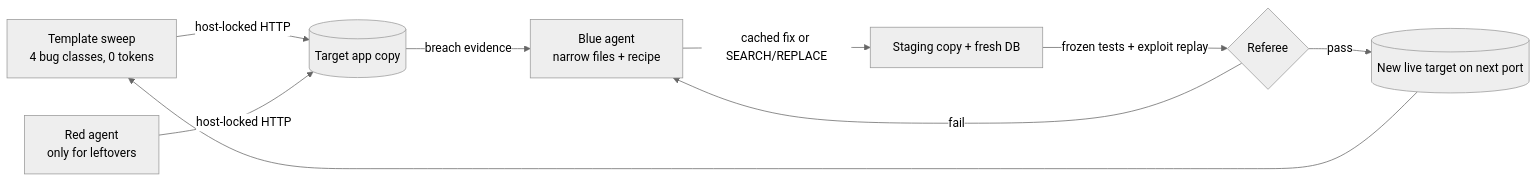
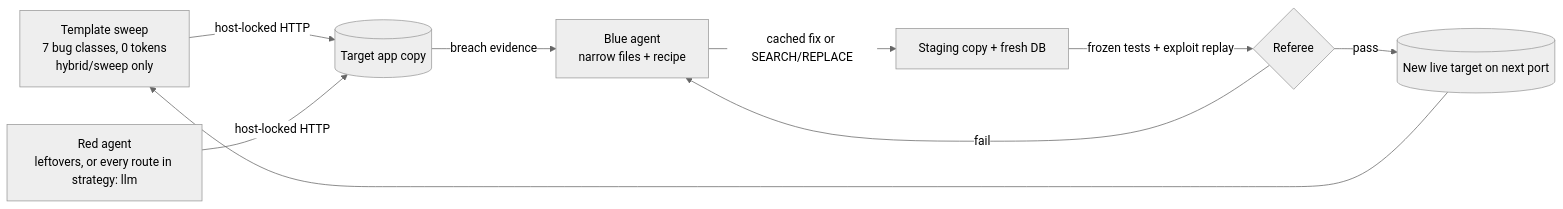
Before and after one commit to 2005legend/redblue-arena: the diagram in README.md, drawn with Mermaid (neutral theme). The commit also changed other lines of this file and 62 other files, not shown here.

````diff
--- a/README.md
+++ b/README.md
@@ -68,11 +151,11 @@
 ```mermaid
 flowchart LR
-  SW[Template sweep<br/>4 bug classes, 0 tokens] -- host-locked HTTP --> T[(Target app copy)]
-  R[Red agent<br/>only for leftovers] -- host-locked HTTP --> T
+  SW[Template sweep<br/>7 bug classes, 0 tokens<br/>hybrid/sweep only] -- host-locked HTTP --> T[(Target app copy)]
+  R[Red agent<br/>leftovers, or every route in strategy: llm] -- host-locked HTTP --> T
   T -- breach evidence --> B[Blue agent<br/>narrow files + recipe]
   B -- cached fix or SEARCH/REPLACE --> S[Staging copy + fresh DB]
   S -- frozen tests + exploit replay --> F{Referee}
   F -- pass --> T2[(New live target on next port)]
   F -- fail --> B
   T2 --> SW
 ```
````
